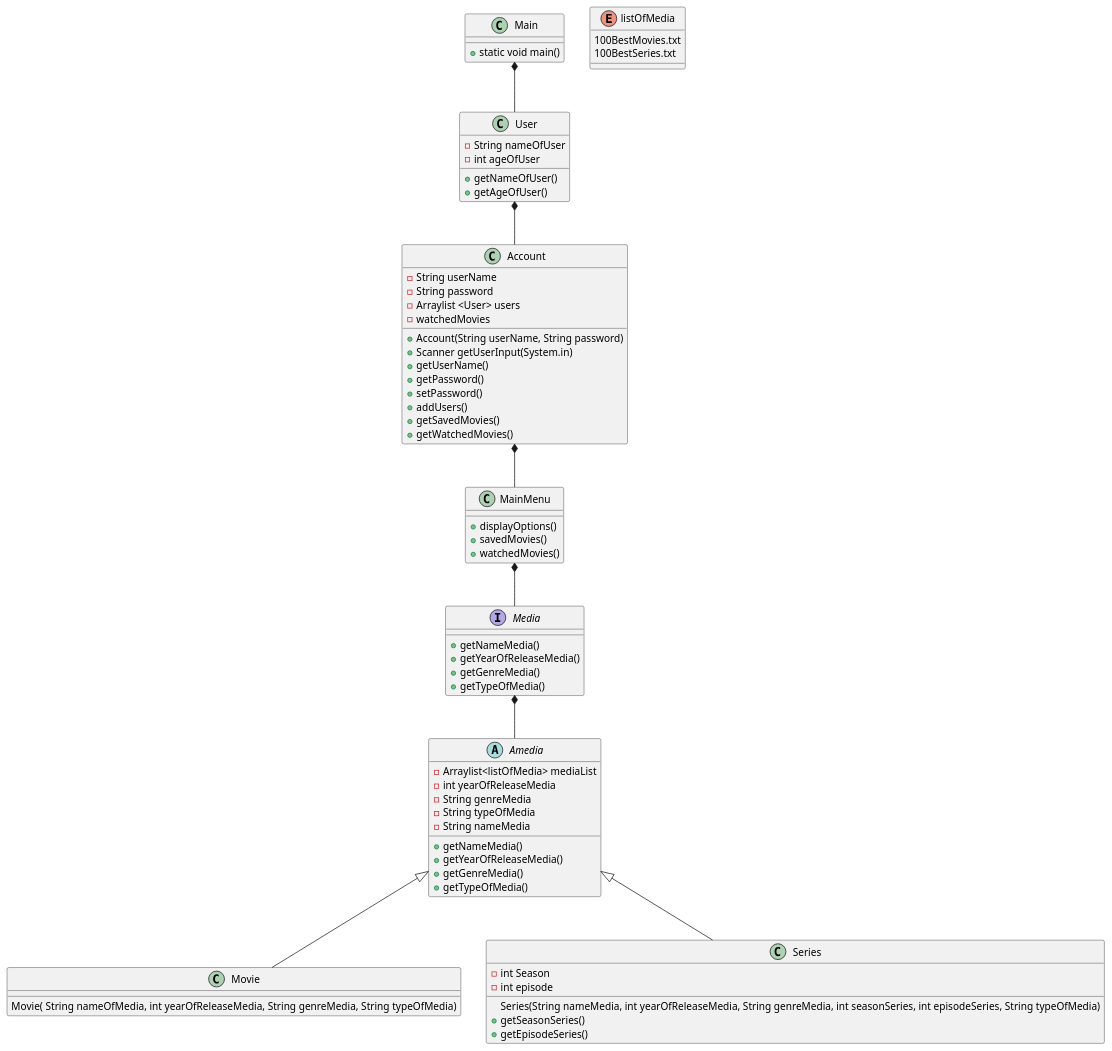
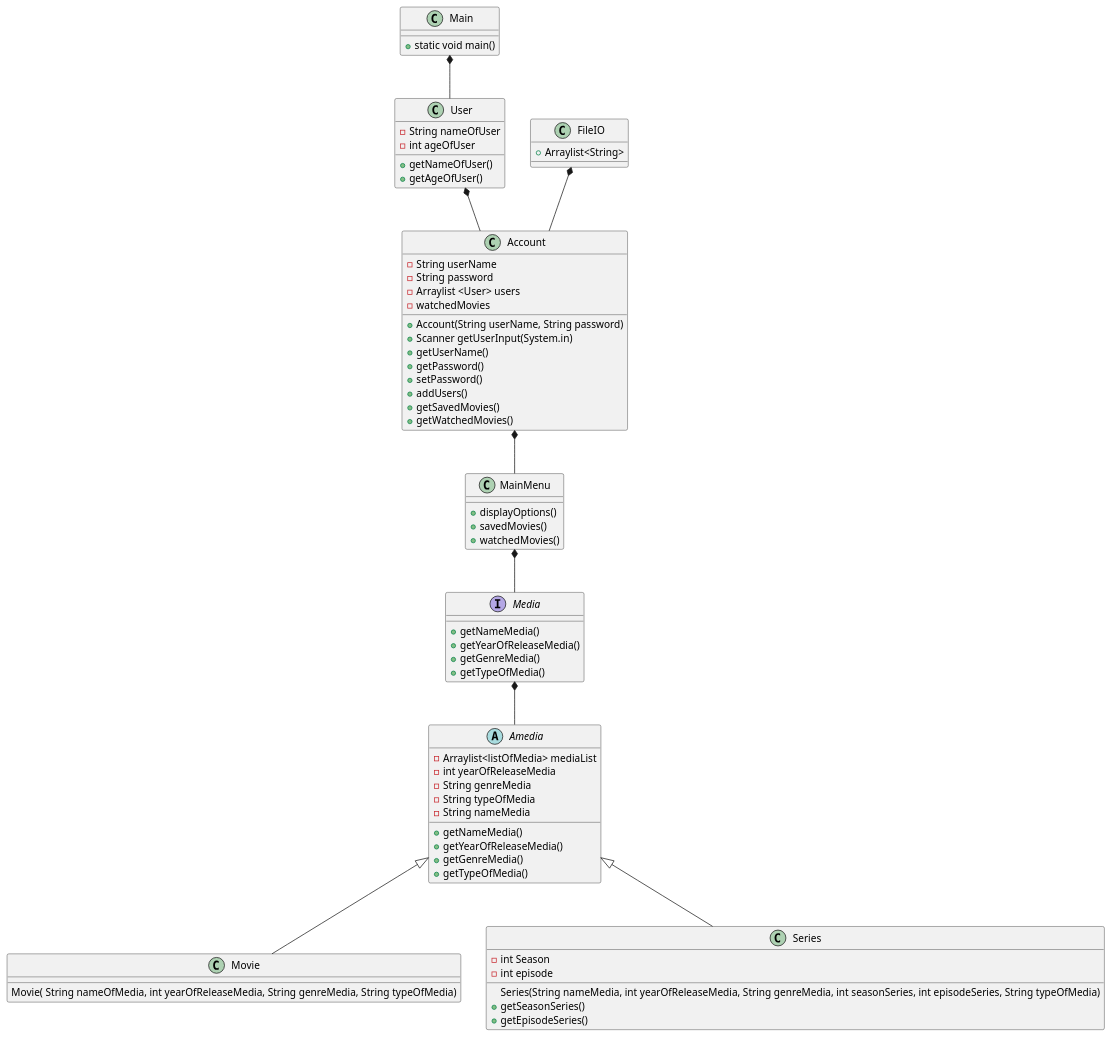
One commit to Ghostfear1713/SP3 changed the diagram in SP3 new/ClassDiagramV2.puml. Above: the diagram before and after it, drawn with PlantUML. The commit also changed 15 other files, not shown here.

```diff
--- a/SP3 new/ClassDiagramV2.puml
+++ b/SP3 new/ClassDiagramV2.puml
@@ -1,98 +1,97 @@
 @startuml
 'https://plantuml.com/class-diagram
 
 Main *-- User
 Main : + static void main()
 
 User *-- Account
 User : - String nameOfUser
 User : - int ageOfUser
 
 
 
 
 User : + getNameOfUser()
 User : + getAgeOfUser()
 
 
+FileIO *-- Account
 
+Class FileIO
+FileIO : + Arraylist<String>
 
 
 Account : - String userName
 Account : - String password
 Account : - Arraylist <User> users
 Account : - watchedMovies
 
 
 
 Account : + Account(String userName, String password)
 Account : + Scanner getUserInput(System.in)
 Account : + getUserName()
 Account : + getPassword()
 Account : + setPassword()
 Account : + addUsers()
 Account : + getSavedMovies()
 Account : + getWatchedMovies()
 
 
 
 
 Account *-- MainMenu
 MainMenu : + displayOptions()
 MainMenu : + savedMovies()
 MainMenu : + watchedMovies()
 
 
 
 
 MainMenu *-- Media
 
-
-Enum listOfMedia
-listOfMedia : 100BestMovies.txt
-listOfMedia : 100BestSeries.txt
 
 
 Media *-- Amedia
 Interface Media
 Media : + getNameMedia()
 Media : + getYearOfReleaseMedia()
 Media : + getGenreMedia()
 Media : + getTypeOfMedia()
 
 
 Abstract Amedia
 Amedia : - Arraylist<listOfMedia> mediaList
 Amedia : - int yearOfReleaseMedia
 Amedia : - String genreMedia
 Amedia : - String typeOfMedia
 Amedia : - String nameMedia
 
 
 Amedia : + getNameMedia()
 Amedia : + getYearOfReleaseMedia()
 Amedia : + getGenreMedia()
 Amedia : + getTypeOfMedia()
 
 Amedia <|--  Movie
 
 
 Movie : Movie( String nameOfMedia, int yearOfReleaseMedia, String genreMedia, String typeOfMedia)
 
 
 
 
 Amedia <|-- Series
 
 Series : - int Season
 Series : - int episode
 
 
 
 Series : Series(String nameMedia, int yearOfReleaseMedia, String genreMedia, int seasonSeries, int episodeSeries, String typeOfMedia)
 
 Series : + getSeasonSeries()
 Series : + getEpisodeSeries()
 
 
 @endum
```
